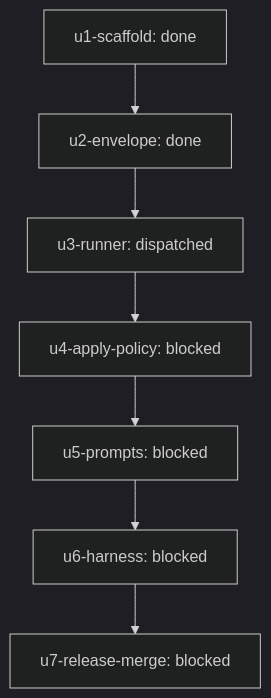
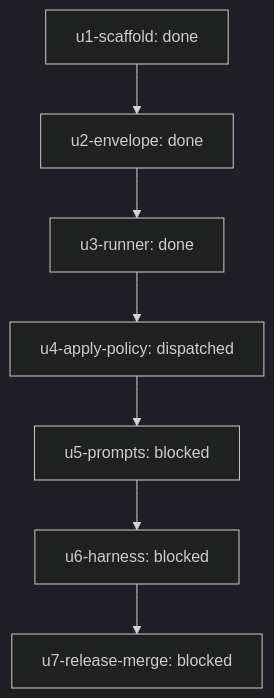
The diagram in docs/outcomes/antigravity-teammate-plugin/report.md (infiquetra/infiquetra-claude-plugins), drawn with Mermaid (dark theme) before and after one commit. The commit also changed other lines of this file, not shown here.

````diff
--- a/docs/outcomes/antigravity-teammate-plugin/report.md
+++ b/docs/outcomes/antigravity-teammate-plugin/report.md
@@ -7,16 +7,16 @@
 ```mermaid
 flowchart TD
     u1-scaffold["u1-scaffold: done"]
     u2-envelope["u2-envelope: done"]
-    u3-runner["u3-runner: dispatched"]
-    u4-apply-policy["u4-apply-policy: blocked"]
+    u3-runner["u3-runner: done"]
+    u4-apply-policy["u4-apply-policy: dispatched"]
     u5-prompts["u5-prompts: blocked"]
     u6-harness["u6-harness: blocked"]
     u7-release-merge["u7-release-merge: blocked"]
     u1-scaffold --> u2-envelope
     u2-envelope --> u3-runner
     u3-runner --> u4-apply-policy
     u4-apply-policy --> u5-prompts
     u5-prompts --> u6-harness
     u6-harness --> u7-release-merge
 ```
````
